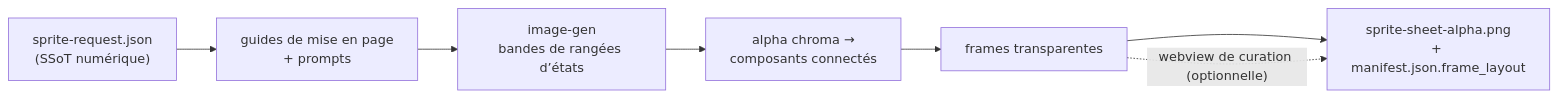
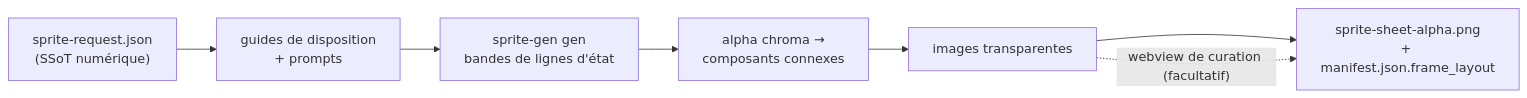
One commit to aldegad/sprite-gen changed the diagram in README.fr.md. Above: the diagram before and after it, drawn with Mermaid. The commit also changed other lines of this file and 7 other files, not shown here.

````diff
--- a/README.fr.md
+++ b/README.fr.md
@@ -35,9 +35,9 @@
 ```mermaid
 flowchart LR
-    REQ["sprite-request.json<br/>(SSoT numérique)"] --> GUIDES["guides de mise en page<br/>+ prompts"]
-    GUIDES --> GEN["image-gen<br/>bandes de rangées d’états"]
-    GEN --> EXTRACT["alpha chroma →<br/>composants connectés"]
-    EXTRACT --> FRAMES["frames transparentes"]
+    REQ["sprite-request.json<br/>(SSoT numérique)"] --> GUIDES["guides de disposition<br/>+ prompts"]
+    GUIDES --> GEN["sprite-gen gen<br/>bandes de lignes d'état"]
+    GEN --> EXTRACT["alpha chroma →<br/>composants connexes"]
+    EXTRACT --> FRAMES["images transparentes"]
     FRAMES --> ATLAS["sprite-sheet-alpha.png<br/>+ manifest.json.frame_layout"]
-    FRAMES -. "webview de curation (optionnelle)" .-> ATLAS
+    FRAMES -. "webview de curation (facultatif)" .-> ATLAS
 ```
````
